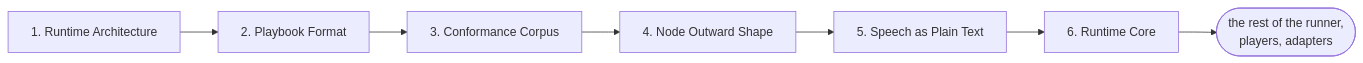
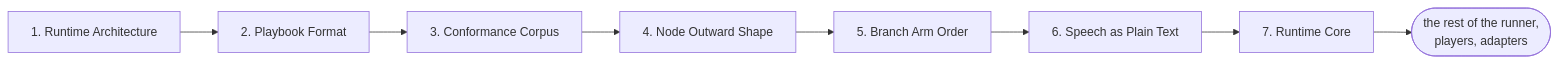
The second of 4 diagrams in docs/contributing/design-notes/README.md (pengzhengyi/dialoguedown), drawn with Mermaid before and after one commit. The commit also changed other lines of this file and 26 other files, not shown here.

First line of the commit message:
feat(playbook): enforce a branch's arm order in the reader (#447)

````diff
--- a/docs/contributing/design-notes/README.md
+++ b/docs/contributing/design-notes/README.md
@@ -99,9 +99,10 @@
 ```mermaid
 flowchart LR
     RA["1. Runtime Architecture"] --> PF["2. Playbook Format"]
     PF --> CC["3. Conformance Corpus"]
     CC --> NOS["4. Node Outward Shape"]
-    NOS --> SPT["5. Speech as Plain Text"]
-    SPT --> RC["6. Runtime Core"]
+    NOS --> BAO["5. Branch Arm Order"]
+    BAO --> SPT["6. Speech as Plain Text"]
+    SPT --> RC["7. Runtime Core"]
     RC --> RUN(["the rest of the runner,<br/>players, adapters"])
 ```
````
